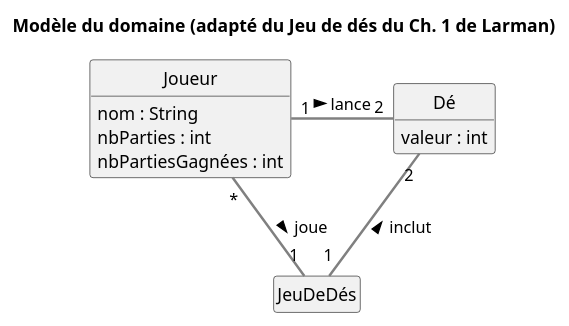
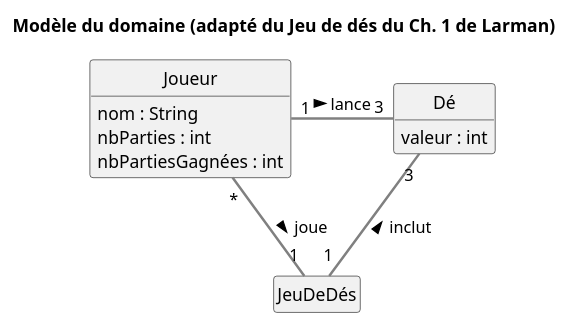
One commit to Samhouuu/log210-laboratoire0 changed the diagram in docs/modeles/mdd.puml. Above: the diagram before and after it, drawn with PlantUML. The commit also changed 6 other files, not shown here.

```diff
--- a/docs/modeles/mdd.puml
+++ b/docs/modeles/mdd.puml
@@ -1,20 +1,20 @@
 @startuml MDD
 skinparam style strictuml
 skinparam ArrowThickness 2
 skinparam ArrowColor #gray
 hide empty members
 title Modèle du domaine (adapté du Jeu de dés du Ch. 1 de Larman)
 class Joueur {
   nom : String
   nbParties : int
   nbPartiesGagnées : int
 }
 class Dé {
   valeur : int
 }
 class JeuDeDés
 ' associations
 Joueur "*" -down- "1" JeuDeDés : joue >
-Joueur "1" -right- "2" Dé : lance >
-JeuDeDés "1" -up- "2" Dé : inclut >
+Joueur "1" -right- "3" Dé : lance >
+JeuDeDés "1" -up- "3" Dé : inclut >
 @enduml
```
